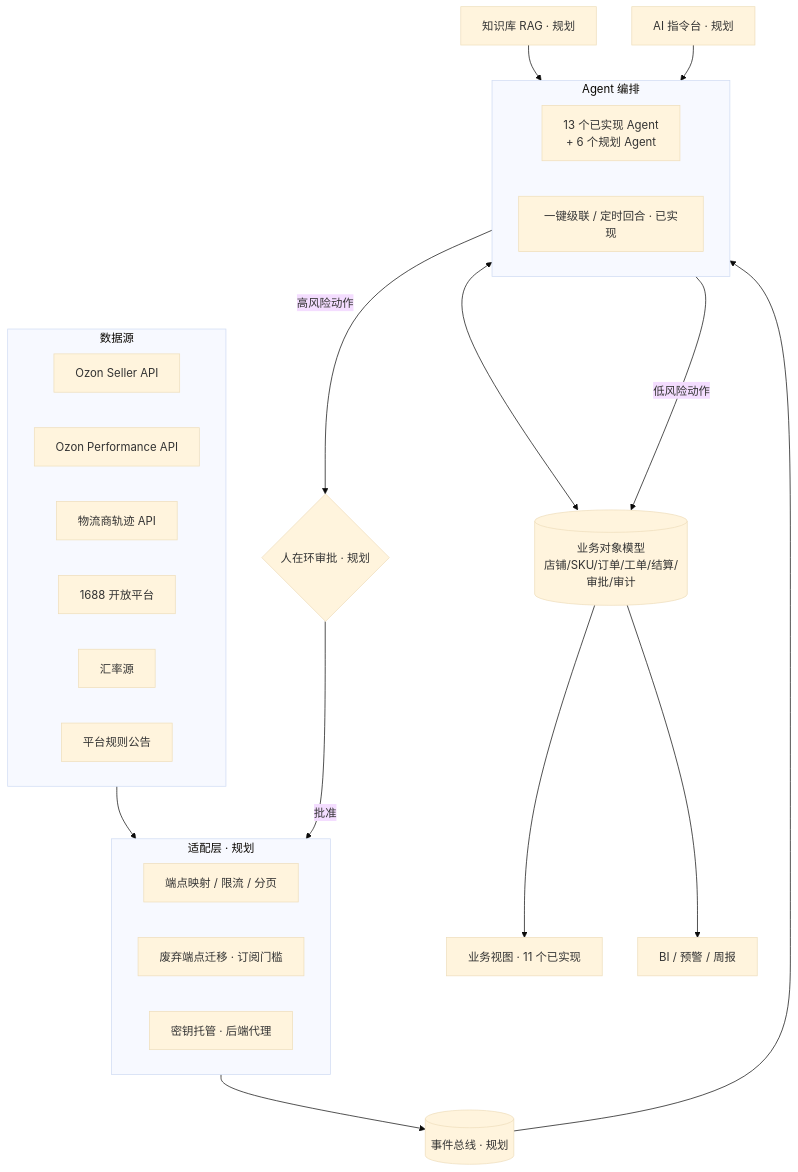
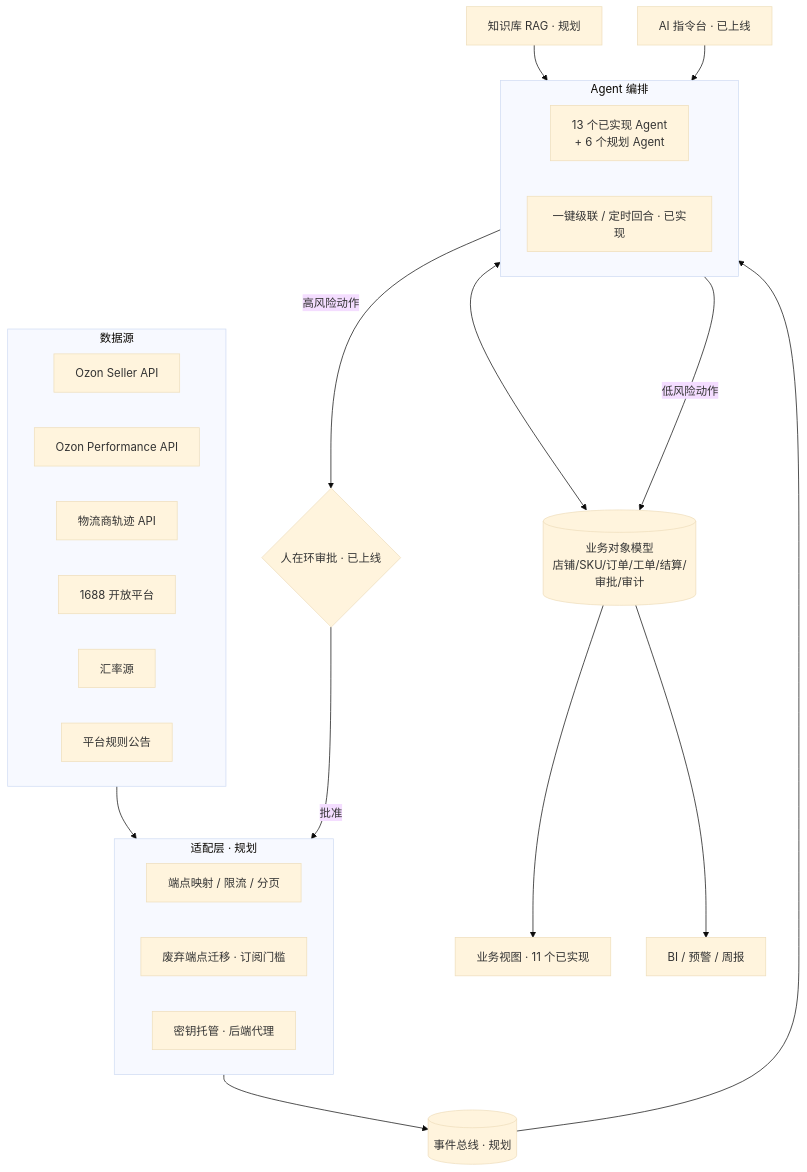
Before and after one commit to rong001/ozonflow-rfbs-app: the diagram in AI_ARCHITECTURE.md, drawn with Mermaid (base theme). The commit also changed other lines of this file and 8 other files, not shown here.

````diff
--- a/AI_ARCHITECTURE.md
+++ b/AI_ARCHITECTURE.md
@@ -29,36 +29,36 @@
 ```mermaid
 flowchart TB
   subgraph SRC[数据源]
     OZ[Ozon Seller API]
     PERF[Ozon Performance API]
     LOG[物流商轨迹 API]
     A1688[1688 开放平台]
     FX[汇率源]
     RULES[平台规则公告]
   end
   subgraph ADP[适配层 · 规划]
     MAP[端点映射 / 限流 / 分页]
     DEP[废弃端点迁移 · 订阅门槛]
     VAULT[密钥托管 · 后端代理]
   end
   BUS[(事件总线 · 规划)]
   OBJ[(业务对象模型<br/>店铺/SKU/订单/工单/结算/审批/审计)]
   subgraph ORCH[Agent 编排]
     AG[13 个已实现 Agent<br/>+ 6 个规划 Agent]
     CAS[一键级联 / 定时回合 · 已实现]
   end
-  HITL{人在环审批 · 规划}
+  HITL{人在环审批 · 已上线}
   KB[知识库 RAG · 规划]
-  CMD[AI 指令台 · 规划]
+  CMD[AI 指令台 · 已上线]
   UI[业务视图 · 11 个已实现]
   BI[BI / 预警 / 周报]
 
   SRC --> ADP --> BUS --> ORCH
   ORCH <--> OBJ
   KB --> ORCH
   CMD --> ORCH
   ORCH -- 高风险动作 --> HITL -- 批准 --> ADP
   ORCH -- 低风险动作 --> OBJ
   OBJ --> UI
   OBJ --> BI
 ```
````
